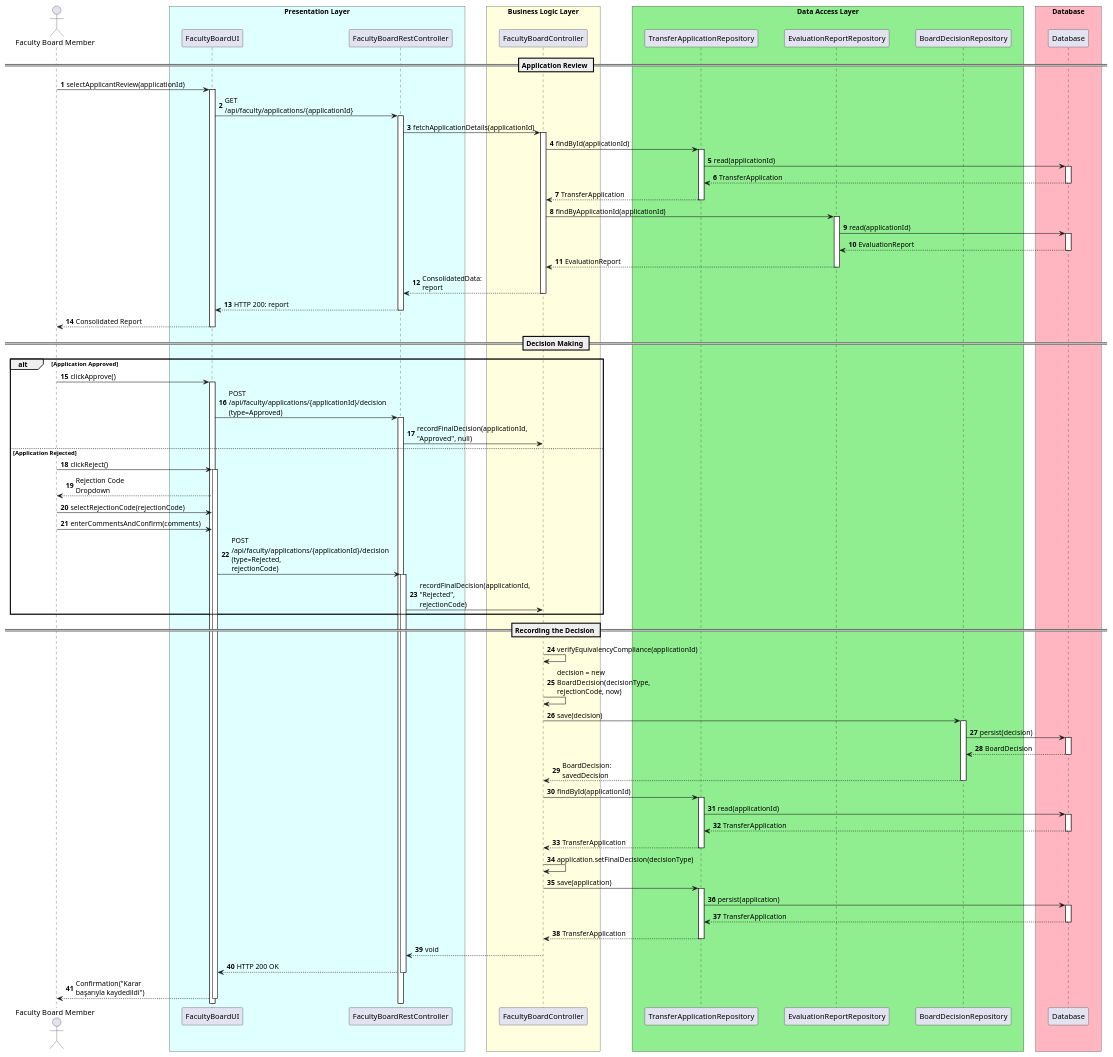
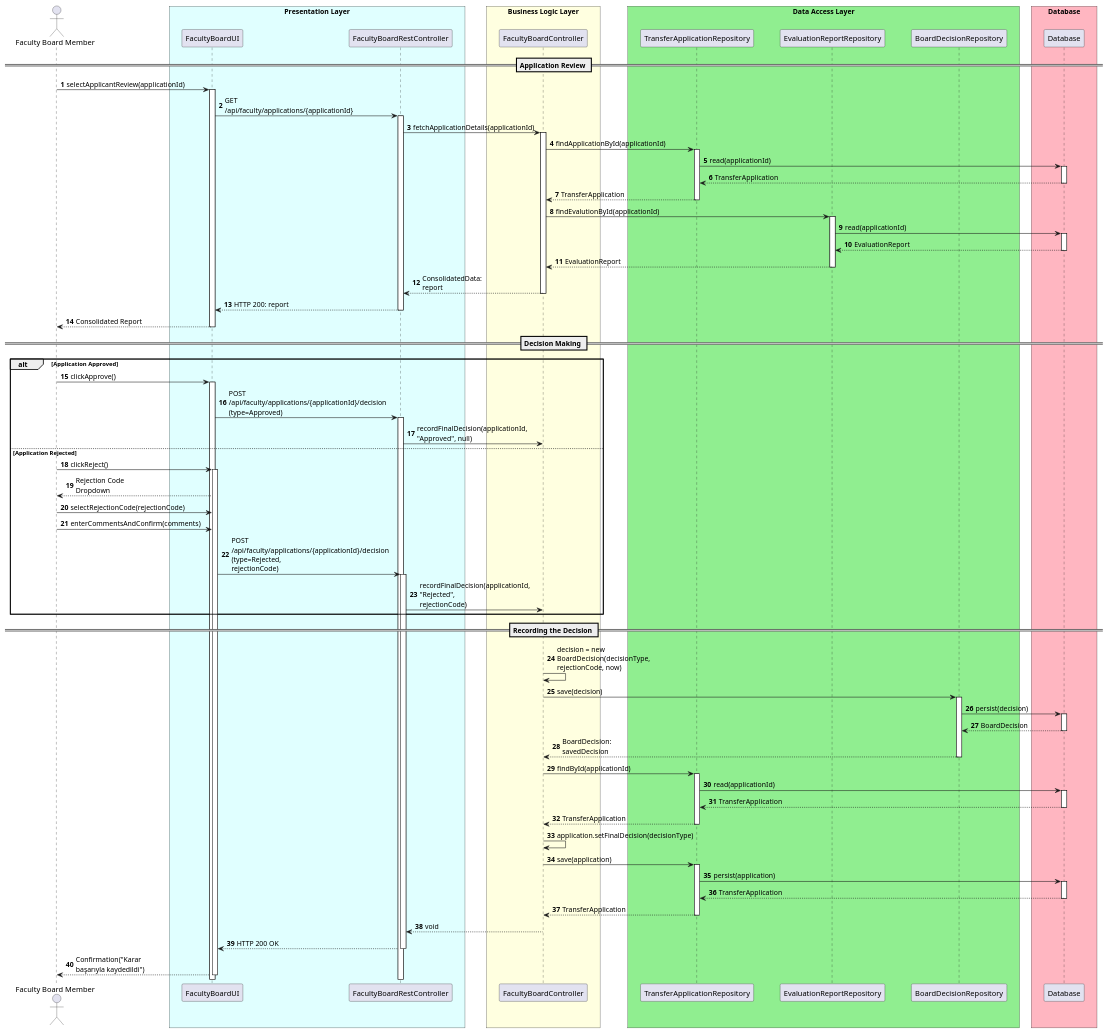
One commit to UTMS-G02/utms changed the diagram in docs/uml/uc-11-updated.puml. Above: the diagram before and after it, drawn with PlantUML. The commit also changed 6 other files, not shown here.

```diff
--- a/docs/uml/uc-11-updated.puml
+++ b/docs/uml/uc-11-updated.puml
@@ -1,135 +1,135 @@
 @startuml uc-11
 autonumber
 skinparam maxMessageSize 150
 skinparam ParticipantPadding 20
 skinparam BoxPadding 10
 
 actor "Faculty Board Member" as Board
 
 box "Presentation Layer" #LightCyan
     participant "FacultyBoardUI" as UI
     participant "FacultyBoardRestController" as RestController
 end box
 
 box "Business Logic Layer" #LightYellow
     participant "FacultyBoardController" as Controller
 end box
 
 box "Data Access Layer" #LightGreen
     participant "TransferApplicationRepository" as AppDB
     participant "EvaluationReportRepository" as EvalDB
     participant "BoardDecisionRepository" as DecisionDB
 end box
 
 box "Database" #LightPink
     participant "Database" as DB
 end box
 
 == Application Review ==
 
 Board -> UI: selectApplicantReview(applicationId)
 activate UI
 
 UI -> RestController: GET /api/faculty/applications/{applicationId}
 activate RestController
 
 RestController -> Controller: fetchApplicationDetails(applicationId)
 activate Controller
 
-Controller -> AppDB: findById(applicationId)
+Controller -> AppDB: findApplicationById(applicationId)
 activate AppDB
 AppDB -> DB: read(applicationId)
 activate DB
 DB --> AppDB: TransferApplication
 deactivate DB
 AppDB --> Controller: TransferApplication
 deactivate AppDB
 
-Controller -> EvalDB: findByApplicationId(applicationId)
+Controller -> EvalDB: findEvalutionById(applicationId)
 activate EvalDB
 EvalDB -> DB: read(applicationId)
 activate DB
 DB --> EvalDB: EvaluationReport
 deactivate DB
 EvalDB --> Controller: EvaluationReport
 deactivate EvalDB
 
 Controller --> RestController: ConsolidatedData: report
 deactivate Controller
 
 RestController --> UI: HTTP 200: report
 deactivate RestController
 
 UI --> Board: Consolidated Report
 deactivate UI
 
 == Decision Making ==
 
 alt Application Approved
 
     Board -> UI: clickApprove()
     activate UI
     UI -> RestController: POST /api/faculty/applications/{applicationId}/decision (type=Approved)
     activate RestController
     RestController -> Controller: recordFinalDecision(applicationId, "Approved", null)
 
 else Application Rejected
 
     Board -> UI: clickReject()
     activate UI
     UI --> Board: Rejection Code Dropdown
     Board -> UI: selectRejectionCode(rejectionCode)
     Board -> UI: enterCommentsAndConfirm(comments)
     UI -> RestController: POST /api/faculty/applications/{applicationId}/decision (type=Rejected, rejectionCode)
     activate RestController
     RestController -> Controller: recordFinalDecision(applicationId, "Rejected", rejectionCode)
 
 end
 
 == Recording the Decision ==
 
 activate Controller
 
-Controller -> Controller: verifyEquivalencyCompliance(applicationId)
+
 
 Controller -> Controller: decision = new BoardDecision(decisionType, rejectionCode, now)
 
 Controller -> DecisionDB: save(decision)
 activate DecisionDB
 DecisionDB -> DB: persist(decision)
 activate DB
 DB --> DecisionDB: BoardDecision
 deactivate DB
 DecisionDB --> Controller: BoardDecision: savedDecision
 deactivate DecisionDB
 
 Controller -> AppDB: findById(applicationId)
 activate AppDB
 AppDB -> DB: read(applicationId)
 activate DB
 DB --> AppDB: TransferApplication
 deactivate DB
 AppDB --> Controller: TransferApplication
 deactivate AppDB
 
 Controller -> Controller: application.setFinalDecision(decisionType)
 
 Controller -> AppDB: save(application)
 activate AppDB
 AppDB -> DB: persist(application)
 activate DB
 DB --> AppDB: TransferApplication
 deactivate DB
 AppDB --> Controller: TransferApplication
 deactivate AppDB
 
 Controller --> RestController: void
 deactivate Controller
 
 RestController --> UI: HTTP 200 OK
 deactivate RestController
 
 UI --> Board: Confirmation("Karar başarıyla kaydedildi")
 deactivate UI
 
 @enduml
```
